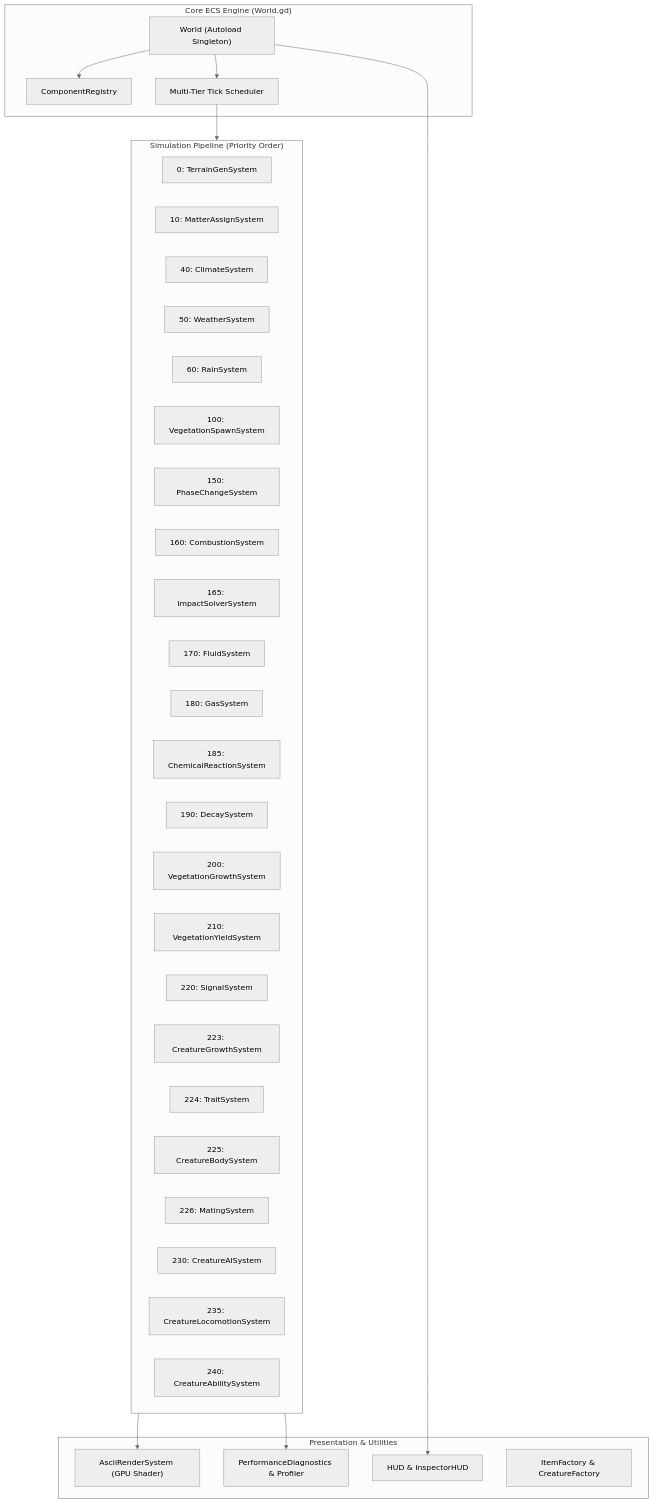
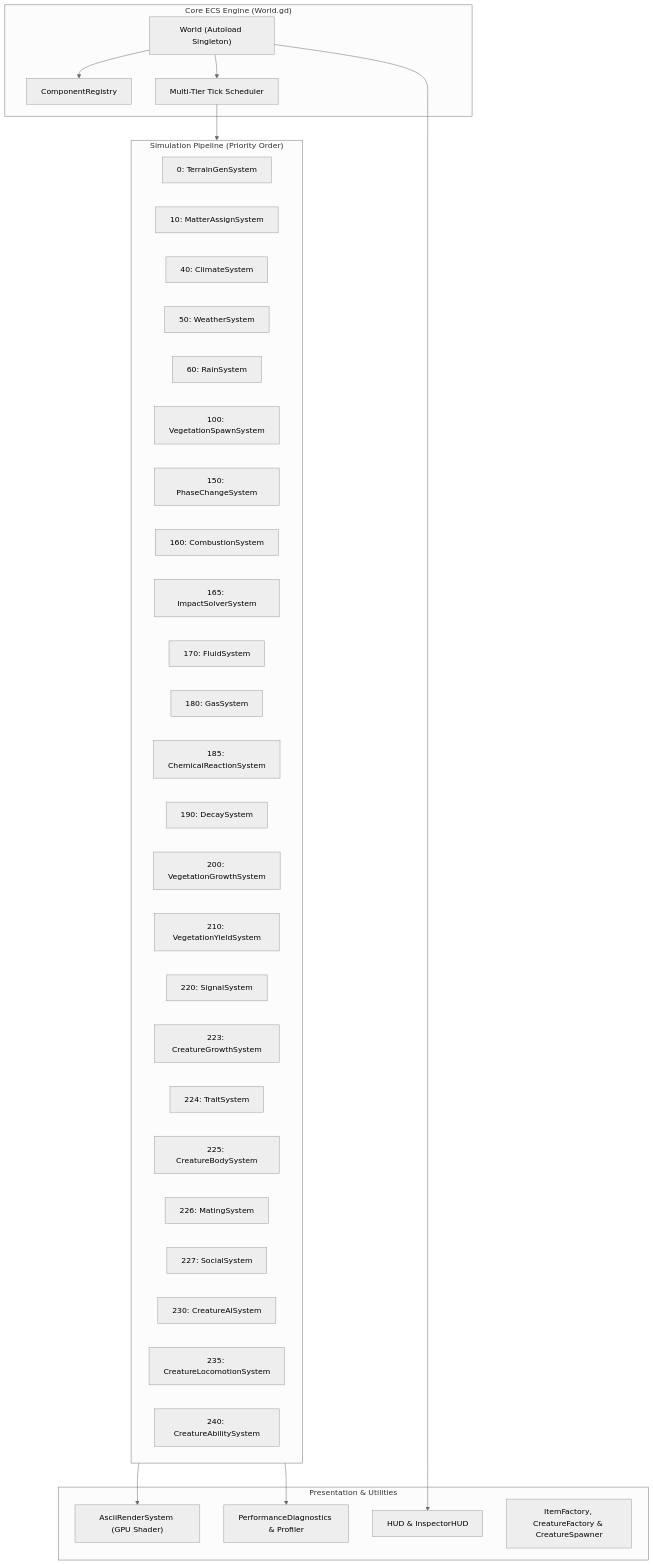
Before and after one commit to chryote/spire: the diagram in SUMMARY.md, drawn with Mermaid (neutral theme). The commit also changed other lines of this file and 27 other files, not shown here.

Commit message:
feat: emerge social bond wild creature

````diff
--- a/SUMMARY.md
+++ b/SUMMARY.md
@@ -11,48 +11,49 @@
 ```mermaid
 flowchart TD
     subgraph Core ["Core ECS Engine (World.gd)"]
         World["World (Autoload Singleton)"]
         Reg["ComponentRegistry"]
         Sched["Multi-Tier Tick Scheduler"]
     end
 
     subgraph Pipeline ["Simulation Pipeline (Priority Order)"]
         T0["0: TerrainGenSystem"]
         T10["10: MatterAssignSystem"]
         T40["40: ClimateSystem"]
         T50["50: WeatherSystem"]
         T60["60: RainSystem"]
         T100["100: VegetationSpawnSystem"]
         T150["150: PhaseChangeSystem"]
         T160["160: CombustionSystem"]
         T165["165: ImpactSolverSystem"]
         T170["170: FluidSystem"]
         T180["180: GasSystem"]
         T185["185: ChemicalReactionSystem"]
         T190["190: DecaySystem"]
         T200["200: VegetationGrowthSystem"]
         T210["210: VegetationYieldSystem"]
         T220["220: SignalSystem"]
         T223["223: CreatureGrowthSystem"]
         T224["224: TraitSystem"]
         T225["225: CreatureBodySystem"]
         T226["226: MatingSystem"]
+        T227["227: SocialSystem"]
         T230["230: CreatureAISystem"]
         T235["235: CreatureLocomotionSystem"]
         T240["240: CreatureAbilitySystem"]
     end
 
     subgraph Peripherals ["Presentation & Utilities"]
         Render["AsciiRenderSystem (GPU Shader)"]
         Diag["PerformanceDiagnostics & Profiler"]
         HUD_UI["HUD & InspectorHUD"]
-        Factories["ItemFactory & CreatureFactory"]
+        Factories["ItemFactory, CreatureFactory & CreatureSpawner"]
     end
 
     World --> Reg
     World --> Sched
     Sched --> Pipeline
     Pipeline --> Render
     Pipeline --> Diag
     World --> HUD_UI
 ```
````
